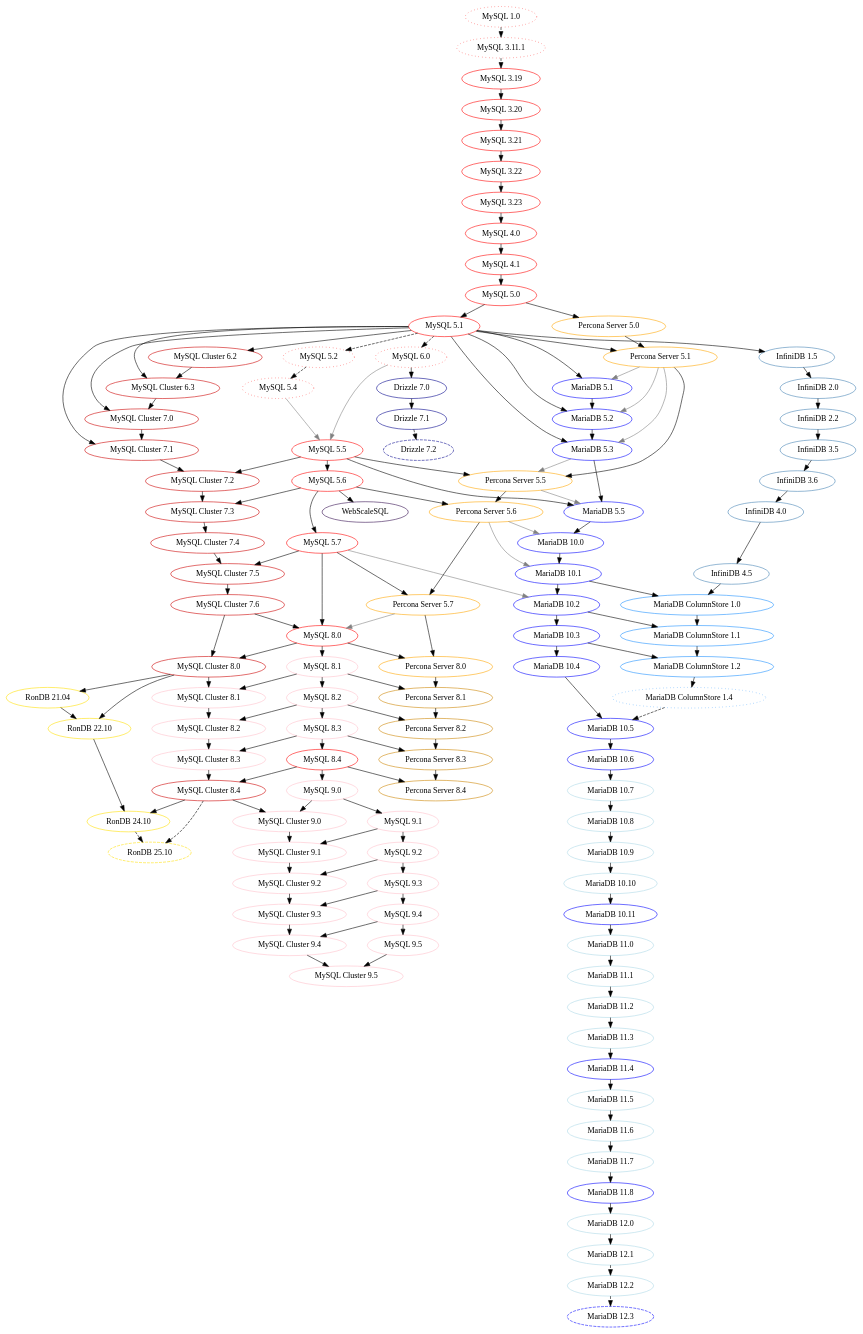
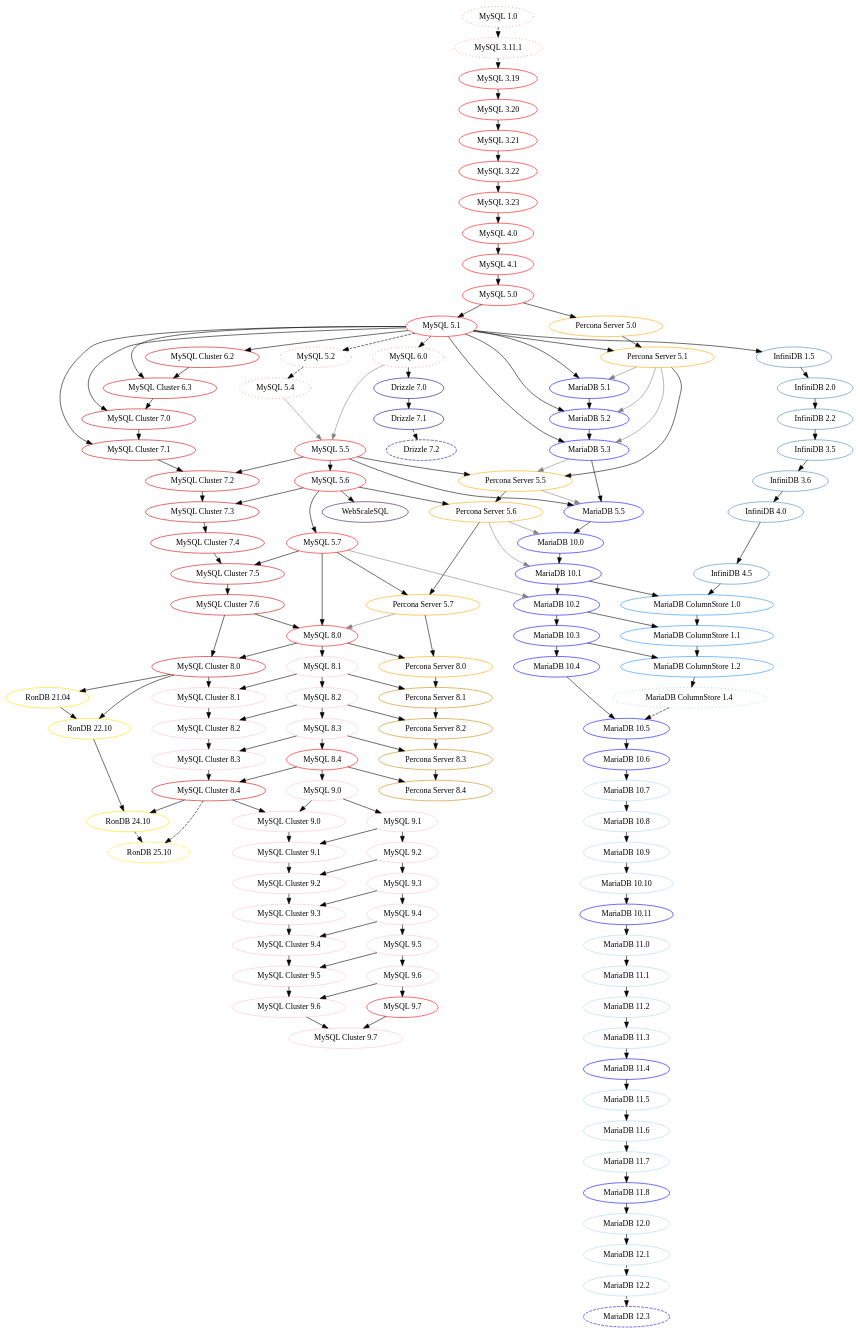
The diagram in mysql-history-graph.dot (dveeden/mysql-history-graph), drawn with Graphviz before and after one commit. The commit also changed 5 other files, not shown here.

```diff
--- a/mysql-history-graph.dot
+++ b/mysql-history-graph.dot
@@ -40,6 +40,8 @@
 	"MySQL 9.3" [color="pink"];
 	"MySQL 9.4" [color="pink"];
 	"MySQL 9.5" [color="pink"];
+	"MySQL 9.6" [color="pink"];
+	"MySQL 9.7" [color="red"];
 	"MySQL 3.19" -> "MySQL 3.20";
 	"MySQL 3.20" -> "MySQL 3.21";
 	"MySQL 3.21" -> "MySQL 3.22";
@@ -64,6 +66,8 @@
 	"MySQL 9.2" -> "MySQL 9.3";
 	"MySQL 9.3" -> "MySQL 9.4";
 	"MySQL 9.4" -> "MySQL 9.5";
+	"MySQL 9.5" -> "MySQL 9.6";
+	"MySQL 9.6" -> "MySQL 9.7";
 
 	/* MySQL/Sun/Oracle non-GA */	
 	//
@@ -126,6 +130,8 @@
 	"MySQL Cluster 9.3"  [color="pink"]
 	"MySQL Cluster 9.4"  [color="pink"]
 	"MySQL Cluster 9.5"  [color="pink"]
+	"MySQL Cluster 9.6"  [color="pink"]
+	"MySQL Cluster 9.7"  [color="pink"]
 	"MySQL Cluster 7.6" -> "MySQL Cluster 8.0";
 	"MySQL 8.0" -> "MySQL Cluster 8.0";
 	"MySQL Cluster 8.0" -> "MySQL Cluster 8.1";
@@ -148,6 +154,10 @@
 	"MySQL 9.4" -> "MySQL Cluster 9.4";
 	"MySQL Cluster 9.4" -> "MySQL Cluster 9.5";
 	"MySQL 9.5" -> "MySQL Cluster 9.5";
+	"MySQL Cluster 9.5" -> "MySQL Cluster 9.6";
+	"MySQL 9.6" -> "MySQL Cluster 9.6";
+	"MySQL Cluster 9.6" -> "MySQL Cluster 9.7";
+	"MySQL 9.7" -> "MySQL Cluster 9.7";
 
 	/*
 		MariaDB
```
